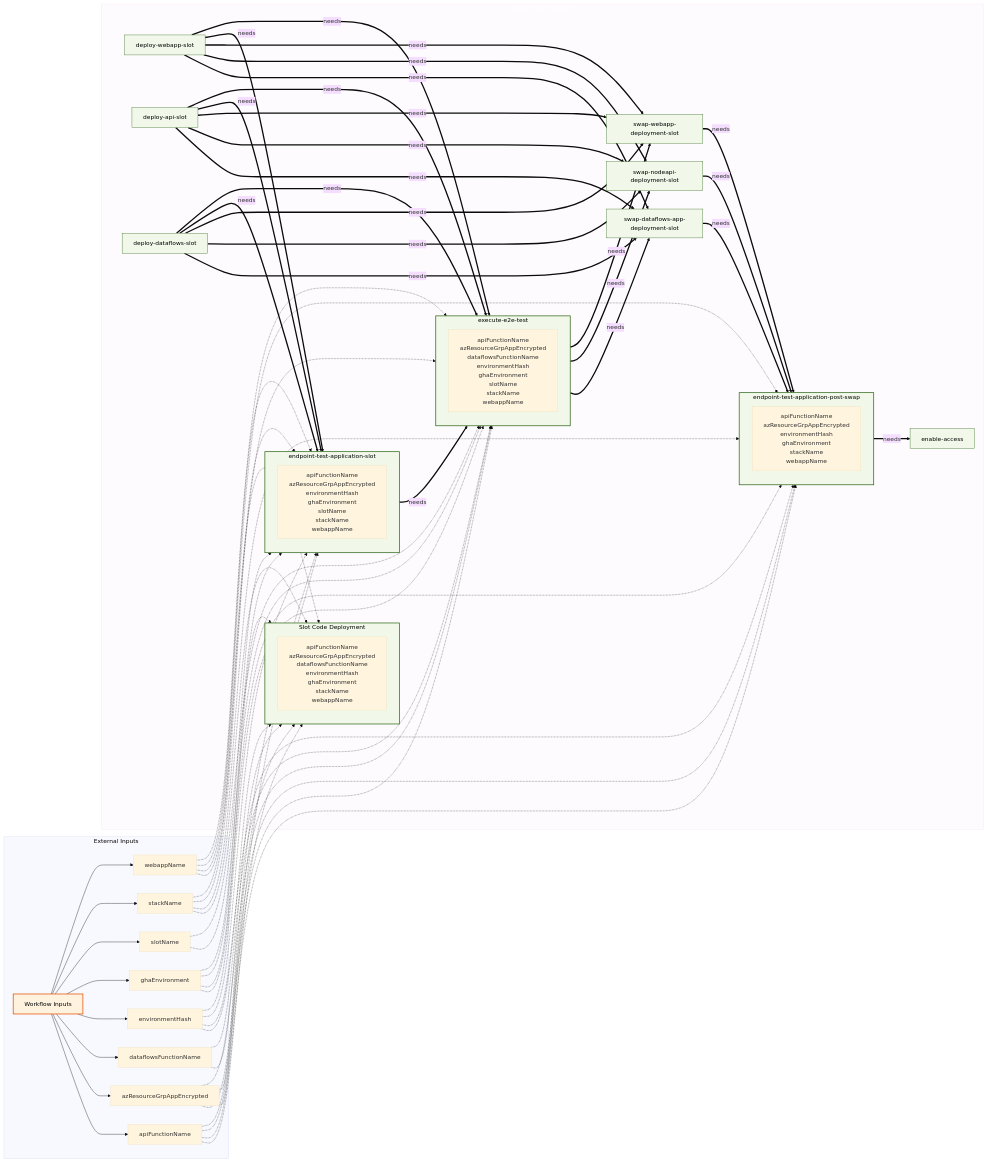
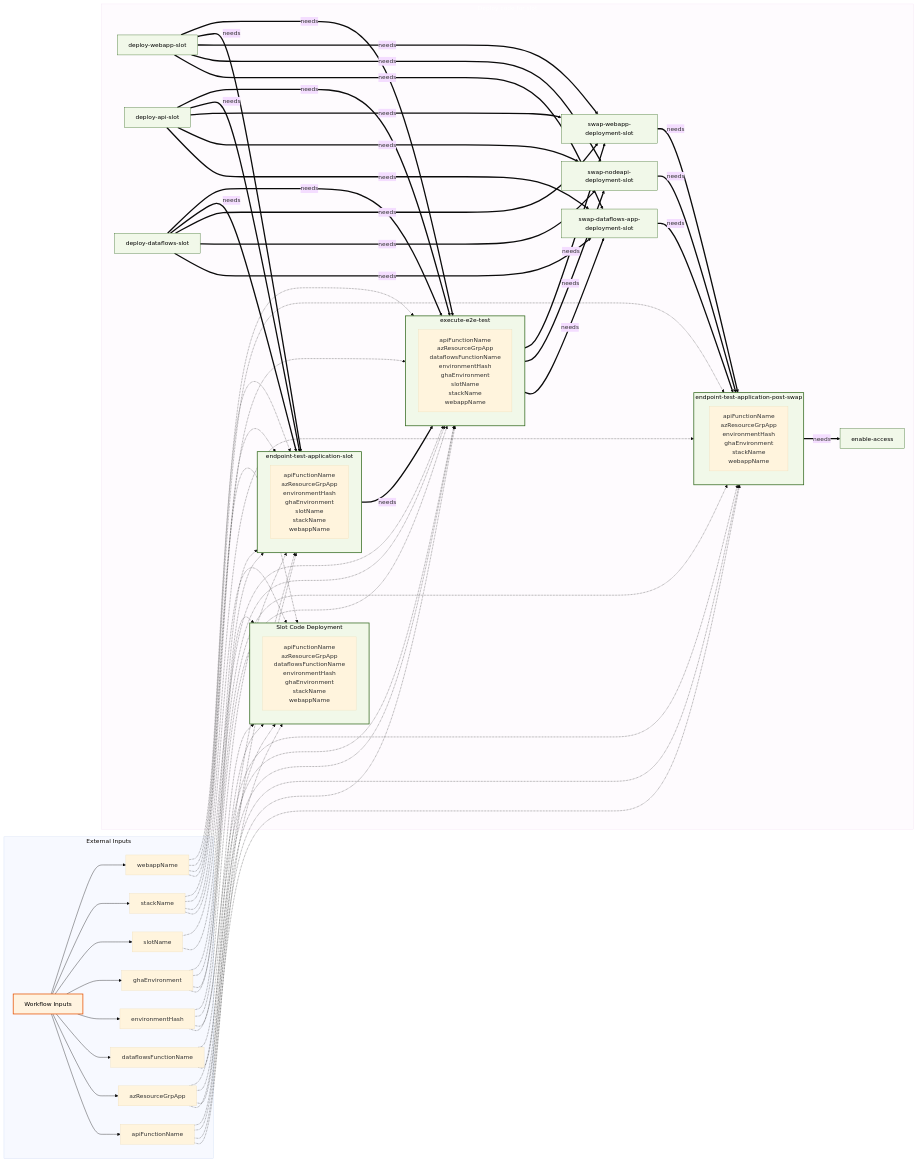
Before and after one commit to US-Trustee-Program/Bankruptcy-Oversight-Support-Systems: diagram 15 of 25 in docs/operations/workflow-diagram.md, drawn with Mermaid (base theme). The commit also changed other lines of this file and 14 other files, not shown here.

```diff
--- a/docs/operations/workflow-diagram.md
+++ b/docs/operations/workflow-diagram.md
@@ -1005,7 +985,7 @@
     subgraph "External Inputs"
         Workflow_Inputs["Workflow Inputs"]
         Workflow_Inputs_apiFunctionName["apiFunctionName"]
-        Workflow_Inputs_azResourceGrpAppEncrypted["azResourceGrpAppEncrypted"]
+        Workflow_Inputs_azResourceGrpApp["azResourceGrpApp"]
         Workflow_Inputs_dataflowsFunctionName["dataflowsFunctionName"]
         Workflow_Inputs_environmentHash["environmentHash"]
         Workflow_Inputs_ghaEnvironment["ghaEnvironment"]
@@ -1016,28 +996,28 @@
 
     subgraph sub_deploy_code_slot_workflow["Deploy code for slot"]
         subgraph deploy_code_subgraph["Slot Code Deployment"]
-            deploy_code_vars["apiFunctionName<br/>azResourceGrpAppEncrypted<br/>dataflowsFunctionName<br/>environmentHash<br/>ghaEnvironment<br/>stackName<br/>webappName"]
+            deploy_code_vars["apiFunctionName<br/>azResourceGrpApp<br/>dataflowsFunctionName<br/>environmentHash<br/>ghaEnvironment<br/>stackName<br/>webappName"]
         end
         deploy_webapp_slot["deploy-webapp-slot"]
         deploy_api_slot["deploy-api-slot"]
         deploy_dataflows_slot["deploy-dataflows-slot"]
         subgraph endpoint_test_application_slot_subgraph["endpoint-test-application-slot"]
-            endpoint_test_application_slot_vars["apiFunctionName<br/>azResourceGrpAppEncrypted<br/>environmentHash<br/>ghaEnvironment<br/>slotName<br/>stackName<br/>webappName"]
+            endpoint_test_application_slot_vars["apiFunctionName<br/>azResourceGrpApp<br/>environmentHash<br/>ghaEnvironment<br/>slotName<br/>stackName<br/>webappName"]
         end
         subgraph execute_e2e_test_subgraph["execute-e2e-test"]
-            execute_e2e_test_vars["apiFunctionName<br/>azResourceGrpAppEncrypted<br/>dataflowsFunctionName<br/>environmentHash<br/>ghaEnvironment<br/>slotName<br/>stackName<br/>webappName"]
+            execute_e2e_test_vars["apiFunctionName<br/>azResourceGrpApp<br/>dataflowsFunctionName<br/>environmentHash<br/>ghaEnvironment<br/>slotName<br/>stackName<br/>webappName"]
         end
         swap_webapp_deployment_slot["swap-webapp-deployment-slot"]
         swap_nodeapi_deployment_slot["swap-nodeapi-deployment-slot"]
         swap_dataflows_app_deployment_slot["swap-dataflows-app-deployment-slot"]
         subgraph endpoint_test_application_post_swap_subgraph["endpoint-test-application-post-swap"]
-            endpoint_test_application_post_swap_vars["apiFunctionName<br/>azResourceGrpAppEncrypted<br/>environmentHash<br/>ghaEnvironment<br/>stackName<br/>webappName"]
+            endpoint_test_application_post_swap_vars["apiFunctionName<br/>azResourceGrpApp<br/>environmentHash<br/>ghaEnvironment<br/>stackName<br/>webappName"]
         end
         enable_access["enable-access"]
     end
 
         Workflow_Inputs --> Workflow_Inputs_apiFunctionName
-        Workflow_Inputs --> Workflow_Inputs_azResourceGrpAppEncrypted
+        Workflow_Inputs --> Workflow_Inputs_azResourceGrpApp
         Workflow_Inputs --> Workflow_Inputs_dataflowsFunctionName
         Workflow_Inputs --> Workflow_Inputs_environmentHash
         Workflow_Inputs --> Workflow_Inputs_ghaEnvironment
@@ -1048,10 +1028,10 @@
     Workflow_Inputs_apiFunctionName -.-> endpoint_test_application_post_swap_subgraph
     Workflow_Inputs_apiFunctionName -.-> endpoint_test_application_slot_subgraph
     Workflow_Inputs_apiFunctionName -.-> execute_e2e_test_subgraph
-    Workflow_Inputs_azResourceGrpAppEncrypted -.-> deploy_code_subgraph
-    Workflow_Inputs_azResourceGrpAppEncrypted -.-> endpoint_test_application_post_swap_subgraph
-    Workflow_Inputs_azResourceGrpAppEncrypted -.-> endpoint_test_application_slot_subgraph
-    Workflow_Inputs_azResourceGrpAppEncrypted -.-> execute_e2e_test_subgraph
+    Workflow_Inputs_azResourceGrpApp -.-> deploy_code_subgraph
+    Workflow_Inputs_azResourceGrpApp -.-> endpoint_test_application_post_swap_subgraph
+    Workflow_Inputs_azResourceGrpApp -.-> endpoint_test_application_slot_subgraph
+    Workflow_Inputs_azResourceGrpApp -.-> execute_e2e_test_subgraph
     Workflow_Inputs_dataflowsFunctionName -.-> deploy_code_subgraph
     Workflow_Inputs_dataflowsFunctionName -.-> execute_e2e_test_subgraph
     Workflow_Inputs_environmentHash -.-> deploy_code_subgraph
```
